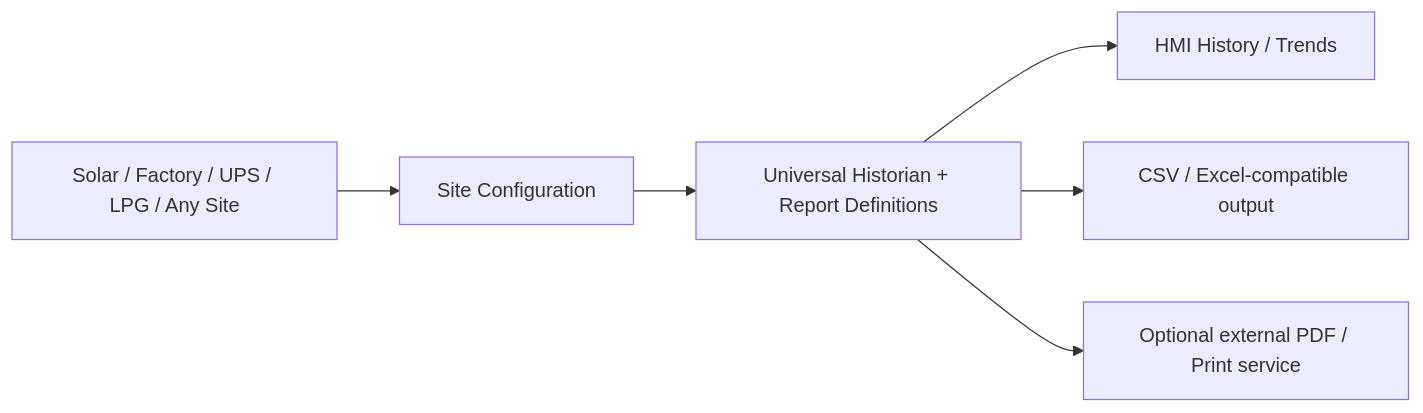
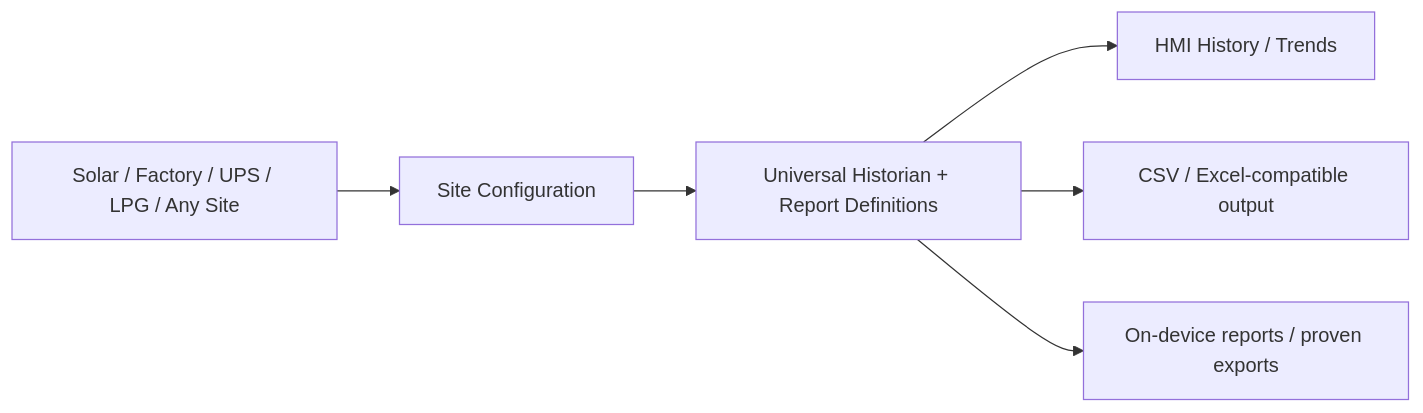
The diagram in README.md (raohassandev/Weintek-Macro-Javascript-based-reporting), drawn with Mermaid before and after one commit. The commit also changed other lines of this file and 27 other files, not shown here.

Commit message:
feat: Weintek-only UCS architecture, role homes and HTML/demo research (#26)

````diff
--- a/README.md
+++ b/README.md
@@ -17,8 +20,8 @@
 ```mermaid
 flowchart LR
   A["Solar / Factory / UPS / LPG / Any Site"] --> B["Site Configuration"]
   B --> C["Universal Historian + Report Definitions"]
   C --> D["HMI History / Trends"]
   C --> E["CSV / Excel-compatible output"]
-  C --> F["Optional external PDF / Print service"]
+  C --> F["On-device reports / proven exports"]
 ```
````
